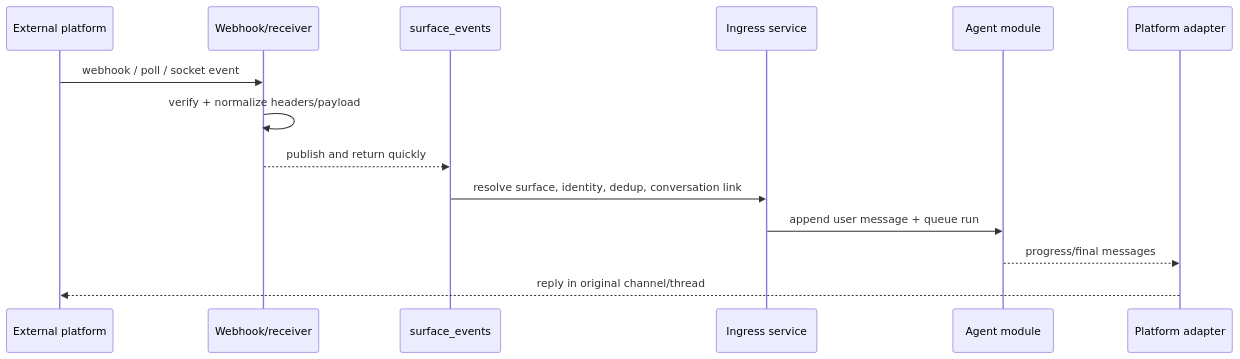
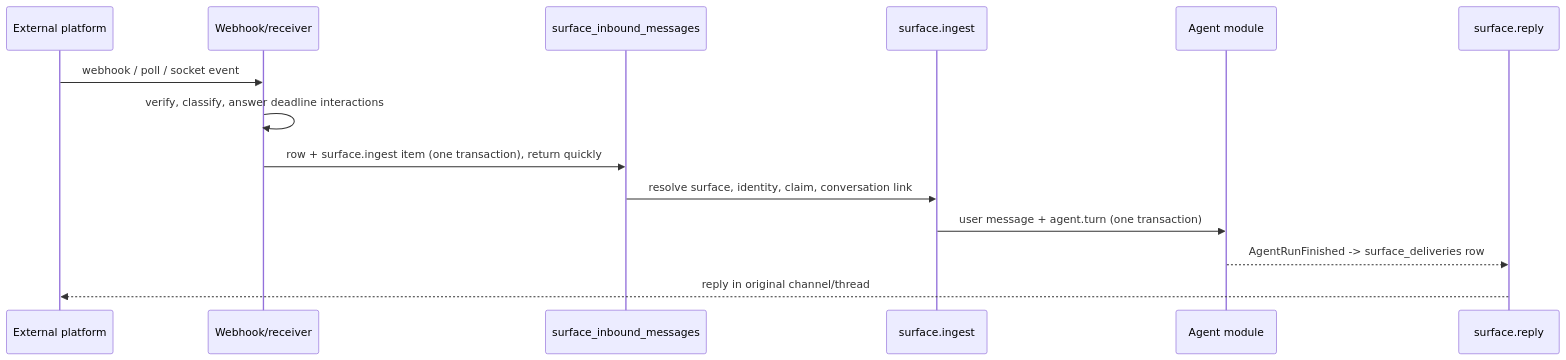
Before and after one commit to brainsparker/lemma-platform: the diagram in lemma-backend/docs/modules/agent_surfaces.md, drawn with Mermaid. The commit also changed other lines of this file and 36 other files, not shown here.

````diff
--- a/lemma-backend/docs/modules/agent_surfaces.md
+++ b/lemma-backend/docs/modules/agent_surfaces.md
@@ -76,16 +80,16 @@
 ```mermaid
 sequenceDiagram
     participant P as External platform
     participant API as Webhook/receiver
-    participant Bus as surface_events
-    participant In as Ingress service
+    participant DB as surface_inbound_messages
+    participant In as surface.ingest
     participant A as Agent module
-    participant Out as Platform adapter
+    participant Out as surface.reply
     P->>API: webhook / poll / socket event
-    API->>API: verify + normalize headers/payload
-    API-->>Bus: publish and return quickly
-    Bus->>In: resolve surface, identity, dedup, conversation link
-    In->>A: append user message + queue run
-    A-->>Out: progress/final messages
+    API->>API: verify, classify, answer deadline interactions
+    API->>DB: row + surface.ingest item (one transaction), return quickly
+    DB->>In: resolve surface, identity, claim, conversation link
+    In->>A: user message + agent.turn (one transaction)
+    A-->>Out: AgentRunFinished -> surface_deliveries row
     Out-->>P: reply in original channel/thread
 ```
````
